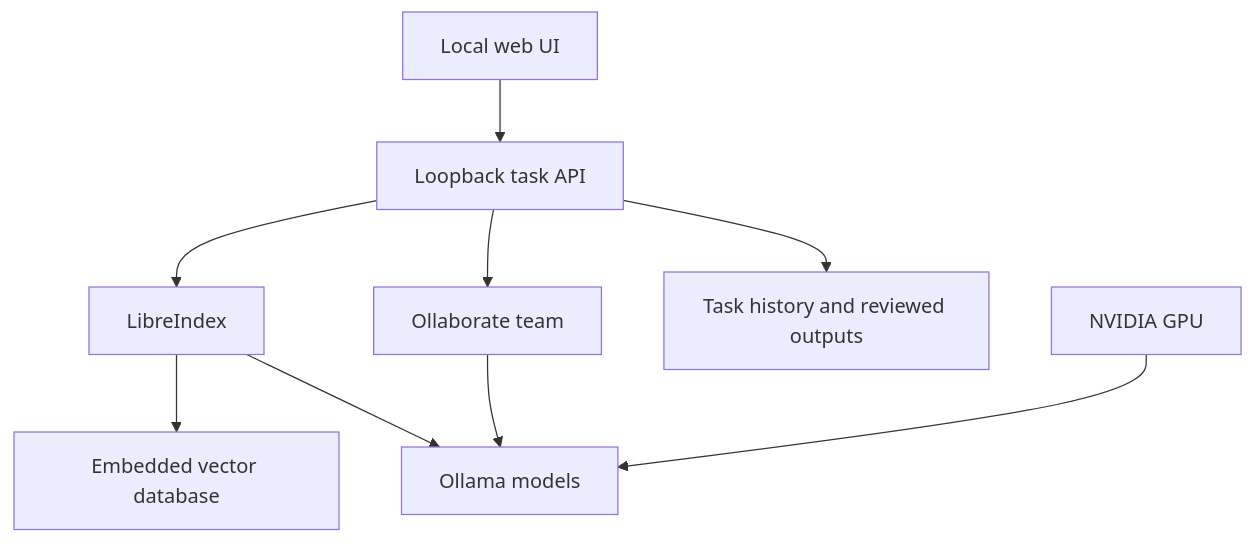
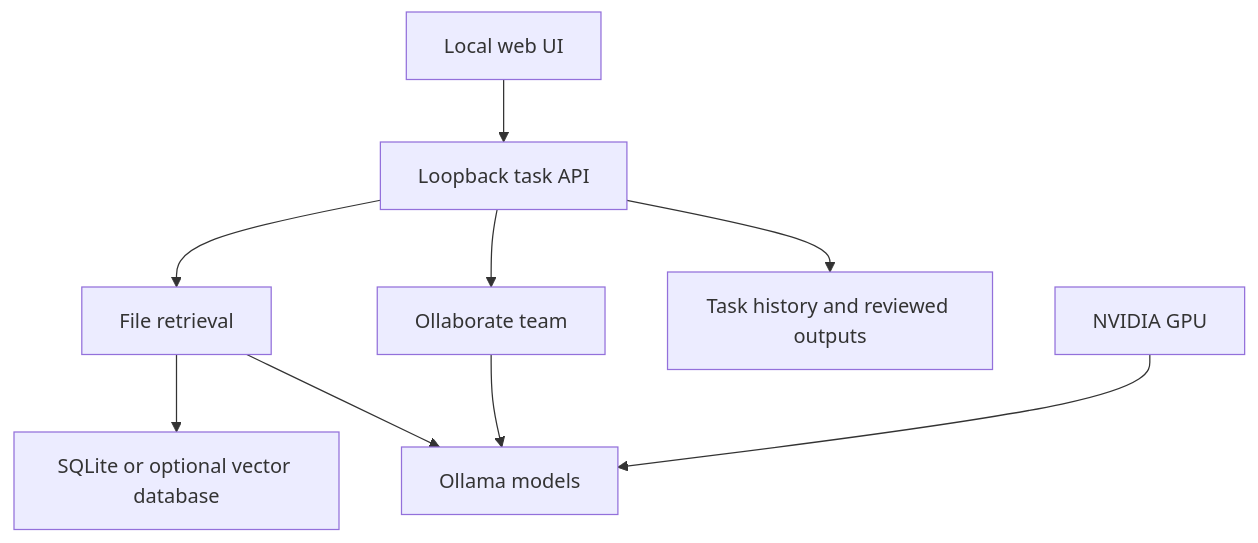
One commit to patha325/ollaborate-desk changed the diagram in ARCHITECTURE.md. Above: the diagram before and after it, drawn with Mermaid. The commit also changed other lines of this file, not shown here.

Commit message:
Fix clean CI install and provide standalone local indexing

````diff
--- a/ARCHITECTURE.md
+++ b/ARCHITECTURE.md
@@ -3,11 +3,11 @@
 ```mermaid
 flowchart TD
   UI[Local web UI] --> API[Loopback task API]
-  API --> L[LibreIndex]
+  API --> L[File retrieval]
   API --> O[Ollaborate team]
-  L --> DB[Embedded vector database]
+  L --> DB[SQLite or optional vector database]
   L --> M[Ollama models]
   O --> M
   API --> T[Task history and reviewed outputs]
   GPU[NVIDIA GPU] --> M
 ```
````
